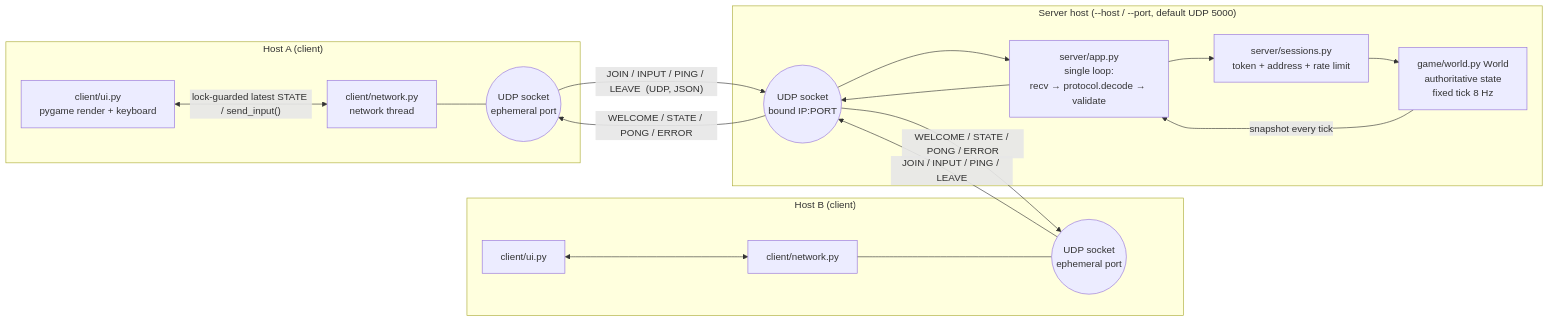
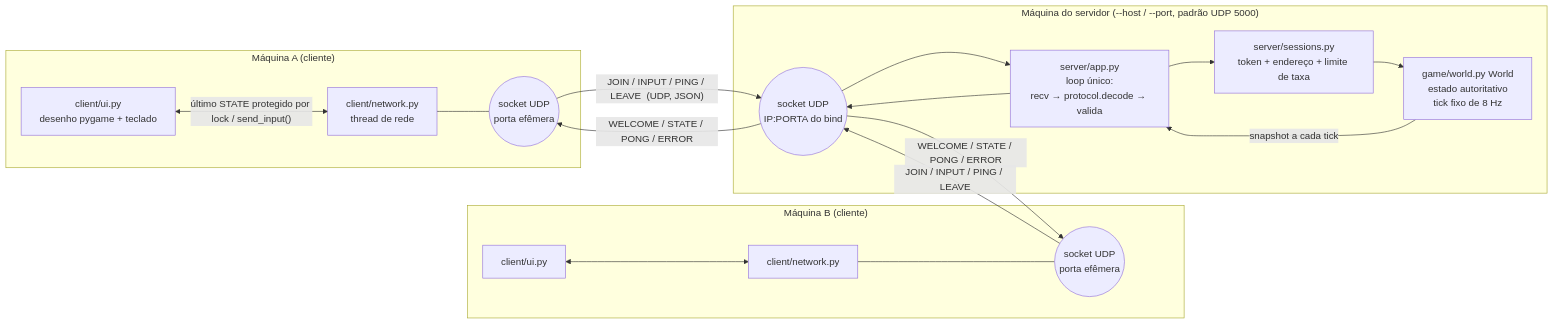
The first of 2 diagrams in docs/ARCHITECTURE.md (Astreus-J/SnakeNet), drawn with Mermaid before and after one commit. The commit also changed other lines of this file and 7 other files, not shown here.

````diff
--- a/docs/ARCHITECTURE.md
+++ b/docs/ARCHITECTURE.md
@@ -3,26 +3,26 @@
 ```mermaid
 flowchart LR
-  subgraph PC1["Host A (client)"]
-    UI1["client/ui.py<br/>pygame render + keyboard"]
-    NET1["client/network.py<br/>network thread"]
-    S1(("UDP socket<br/>ephemeral port"))
-    UI1 <-->|"lock-guarded latest STATE / send_input()"| NET1
+  subgraph PC1["Máquina A (cliente)"]
+    UI1["client/ui.py<br/>desenho pygame + teclado"]
+    NET1["client/network.py<br/>thread de rede"]
+    S1(("socket UDP<br/>porta efêmera"))
+    UI1 <-->|"último STATE protegido por lock / send_input()"| NET1
     NET1 --- S1
   end
-  subgraph PC2["Host B (client)"]
+  subgraph PC2["Máquina B (cliente)"]
     UI2["client/ui.py"] <--> NET2["client/network.py"]
-    NET2 --- S2(("UDP socket<br/>ephemeral port"))
+    NET2 --- S2(("socket UDP<br/>porta efêmera"))
   end
-  subgraph SRV["Server host  (--host / --port, default UDP 5000)"]
-    SS(("UDP socket<br/>bound IP:PORT"))
-    LOOP["server/app.py<br/>single loop:<br/>recv → protocol.decode → validate"]
-    SESS["server/sessions.py<br/>token + address + rate limit"]
-    WORLD["game/world.py World<br/>authoritative state<br/>fixed tick 8 Hz"]
+  subgraph SRV["Máquina do servidor  (--host / --port, padrão UDP 5000)"]
+    SS(("socket UDP<br/>IP:PORTA do bind"))
+    LOOP["server/app.py<br/>loop único:<br/>recv → protocol.decode → valida"]
+    SESS["server/sessions.py<br/>token + endereço + limite de taxa"]
+    WORLD["game/world.py World<br/>estado autoritativo<br/>tick fixo de 8 Hz"]
     SS --> LOOP --> SESS --> WORLD
-    WORLD -->|"snapshot every tick"| LOOP --> SS
+    WORLD -->|"snapshot a cada tick"| LOOP --> SS
   end
   S1 -- "JOIN / INPUT / PING / LEAVE  (UDP, JSON)" --> SS
   S2 -- "JOIN / INPUT / PING / LEAVE" --> SS
   SS -- "WELCOME / STATE / PONG / ERROR" --> S1
   SS -- "WELCOME / STATE / PONG / ERROR" --> S2
 ```
````
